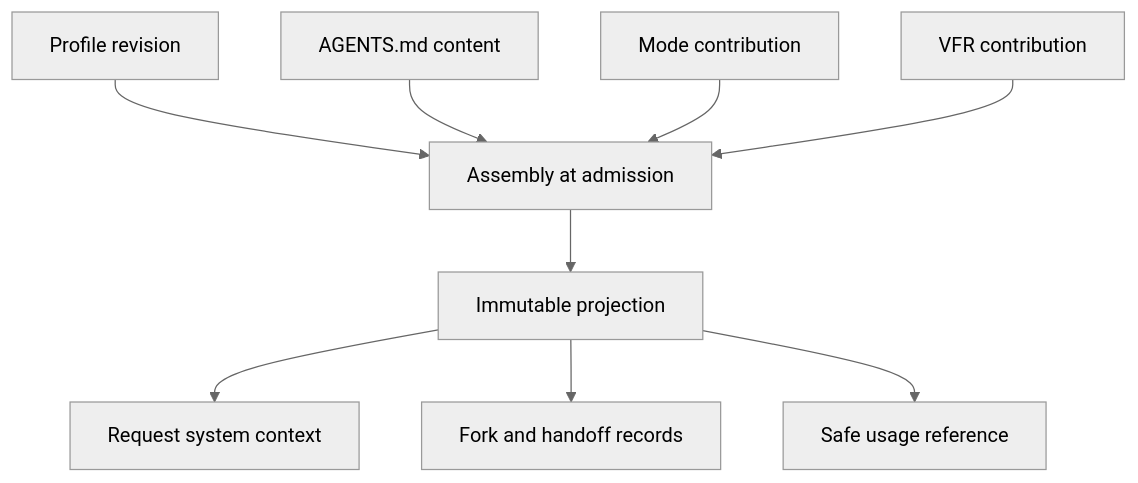
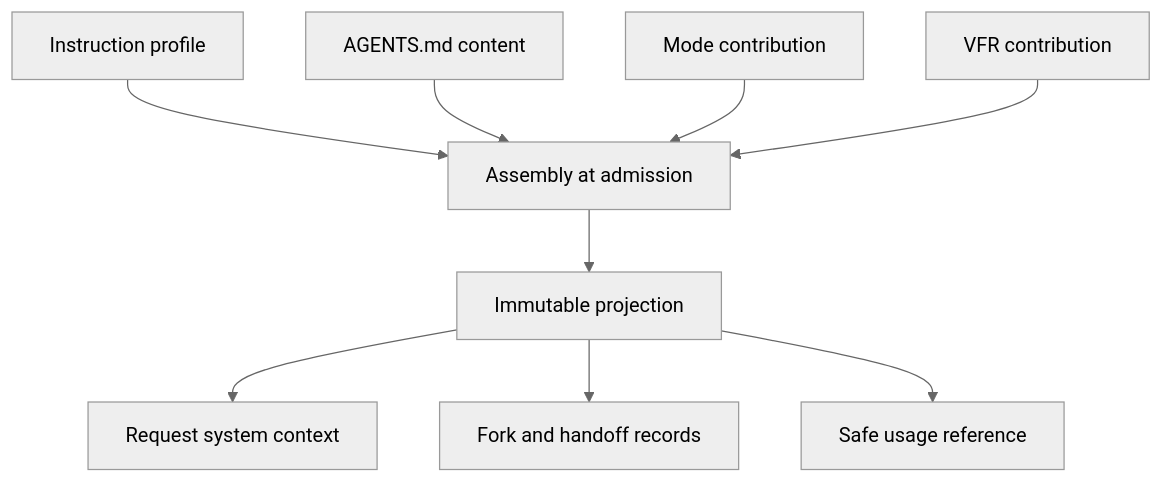
Before and after one commit to y0tsy/intention-relay: the diagram in docs/intention-relay/architecture/30-instruction-sources-and-system-context.md, drawn with Mermaid (neutral theme). The commit also changed other lines of this file and 15 other files, not shown here.

````diff
--- a/docs/intention-relay/architecture/30-instruction-sources-and-system-context.md
+++ b/docs/intention-relay/architecture/30-instruction-sources-and-system-context.md
@@ -115,11 +100,11 @@
 ```mermaid
 flowchart TD
-  P[Profile revision] --> A[Assembly at admission]
+  P[Instruction profile] --> A[Assembly at admission]
   W[AGENTS.md content] --> A
   M[Mode contribution] --> A
   V[VFR contribution] --> A
   A --> J[Immutable projection]
   J --> R[Request system context]
   J --> F[Fork and handoff records]
   J --> D[Safe usage reference]
 ```
````
